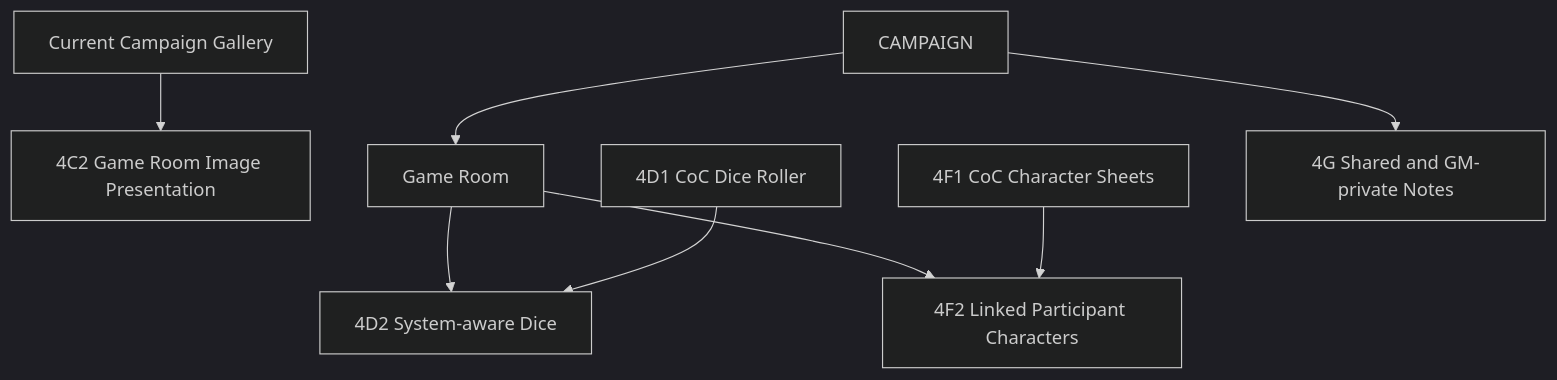
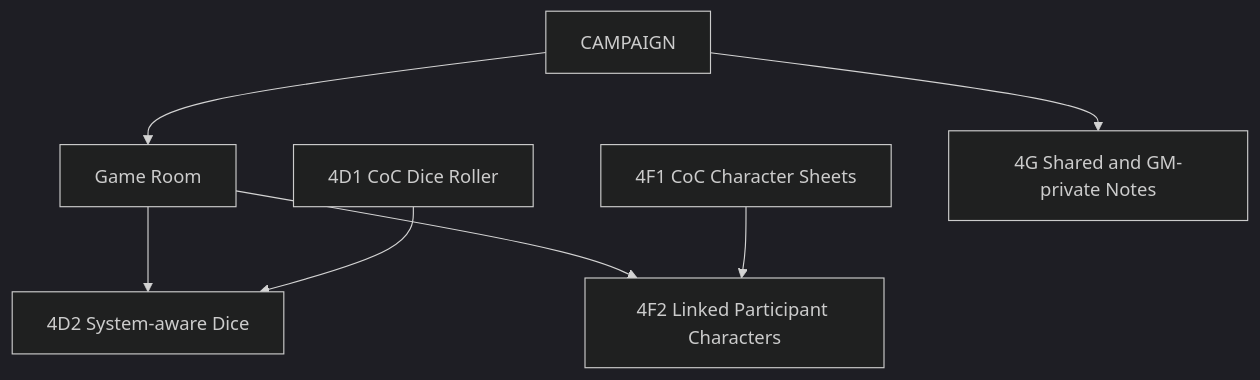
The second of 2 diagrams in docs/product/SITE_MAP.md (Andrey-0101/ttrpg-website), drawn with Mermaid (dark theme) before and after one commit. The commit also changed other lines of this file and 13 other files, not shown here.

````diff
--- a/docs/product/SITE_MAP.md
+++ b/docs/product/SITE_MAP.md
@@ -32,10 +33,9 @@
 ```mermaid
 flowchart TD
-    GALLERY["Current Campaign Gallery"] --> DISPLAY["4C2 Game Room Image Presentation"]
     CAMPAIGN --> GAME_ROOM["Game Room"]
     GAME_ROOM --> SYSTEM_DICE["4D2 System-aware Dice"]
     COC_DICE["4D1 CoC Dice Roller"] --> SYSTEM_DICE
     GAME_ROOM --> LINKED_CHARACTERS["4F2 Linked Participant Characters"]
     COC_CHARACTERS["4F1 CoC Character Sheets"] --> LINKED_CHARACTERS
     CAMPAIGN --> NOTES["4G Shared and GM-private Notes"]
 ```
````
